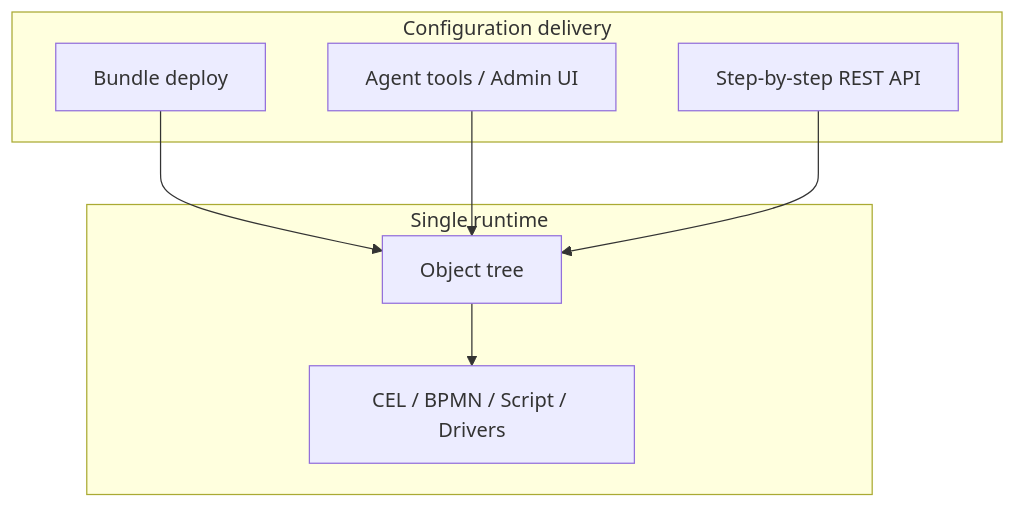
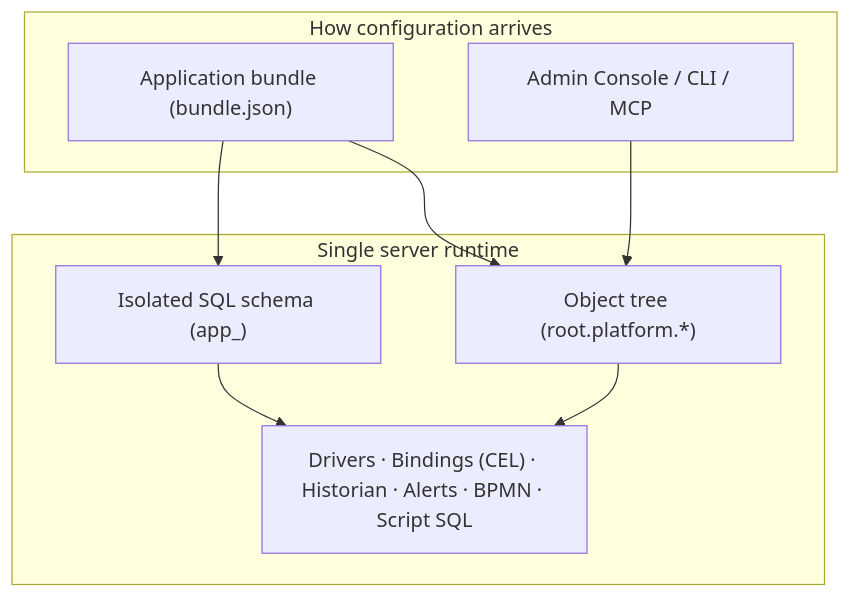
Before and after one commit to iot-solutions-ru/ispf: the diagram in docs/en/application-principles.md, drawn with Mermaid. The commit also changed other lines of this file and 201 other files, not shown here.

````diff
--- a/docs/en/application-principles.md
+++ b/docs/en/application-principles.md
@@ -34,16 +21,17 @@
 ```mermaid
 flowchart TB
-    subgraph delivery [Configuration delivery]
-        Bundle[Bundle deploy]
-        Tools[Agent tools / Admin UI]
-        REST[Step-by-step REST API]
+    subgraph Delivery["How configuration arrives"]
+        Bundle["Application bundle (bundle.json)"]
+        Console["Admin Console / CLI / MCP"]
     end
-    subgraph runtime [Single runtime]
-        Tree[Object tree]
-        Engines[CEL / BPMN / Script / Drivers]
+    subgraph Runtime["Single server runtime"]
+        Tree["Object tree (root.platform.*)"]
+        Schema["Isolated SQL schema (app_<id>)"]
+        Engines["Drivers · Bindings (CEL) · Historian · Alerts · BPMN · Script SQL"]
     end
     Bundle --> Tree
-    Tools --> Tree
-    REST --> Tree
+    Bundle --> Schema
+    Console --> Tree
     Tree --> Engines
+    Schema --> Engines
 ```
````
